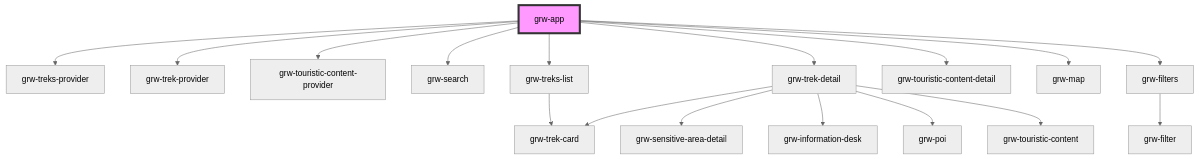
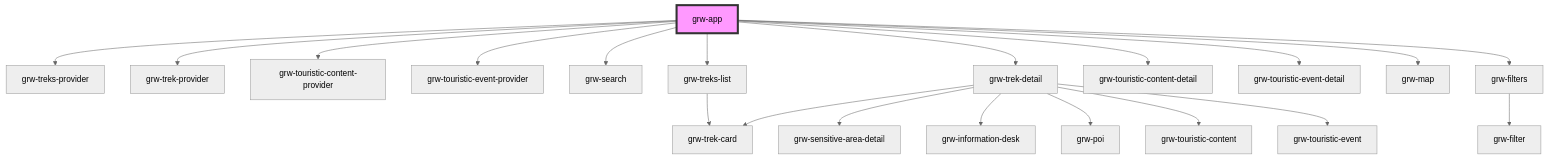
The diagram in src/components/grw-app/readme.md (GeotrekCE/Geotrek-rando-widget), drawn with Mermaid (neutral theme) before and after one commit. The commit also changed other lines of this file and 20 other files, not shown here.

Commit message:
add touristic event

````diff
--- a/src/components/grw-app/readme.md
+++ b/src/components/grw-app/readme.md
@@ -64,20 +66,23 @@
 ```mermaid
 graph TD;
   grw-app --> grw-treks-provider
   grw-app --> grw-trek-provider
   grw-app --> grw-touristic-content-provider
+  grw-app --> grw-touristic-event-provider
   grw-app --> grw-search
   grw-app --> grw-treks-list
   grw-app --> grw-trek-detail
   grw-app --> grw-touristic-content-detail
+  grw-app --> grw-touristic-event-detail
   grw-app --> grw-map
   grw-app --> grw-filters
   grw-treks-list --> grw-trek-card
   grw-trek-detail --> grw-trek-card
   grw-trek-detail --> grw-sensitive-area-detail
   grw-trek-detail --> grw-information-desk
   grw-trek-detail --> grw-poi
   grw-trek-detail --> grw-touristic-content
+  grw-trek-detail --> grw-touristic-event
   grw-filters --> grw-filter
   style grw-app fill:#f9f,stroke:#333,stroke-width:4px
 ```
````
